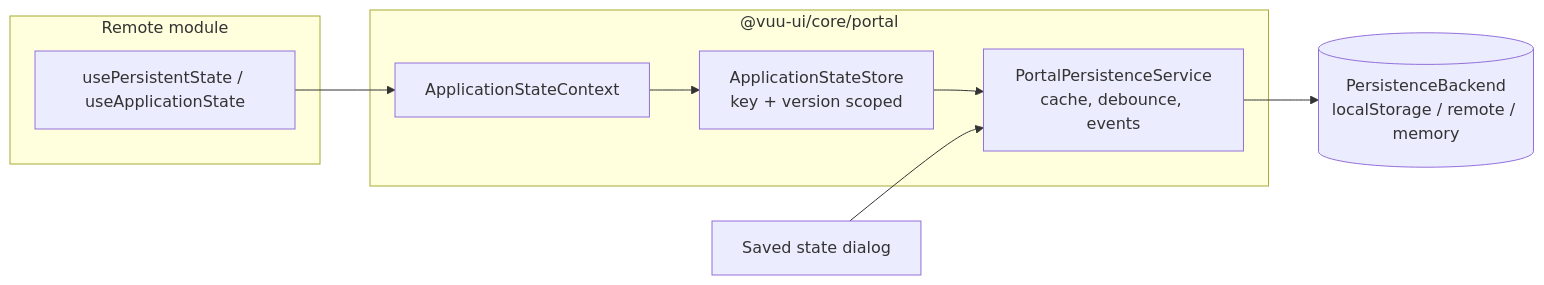
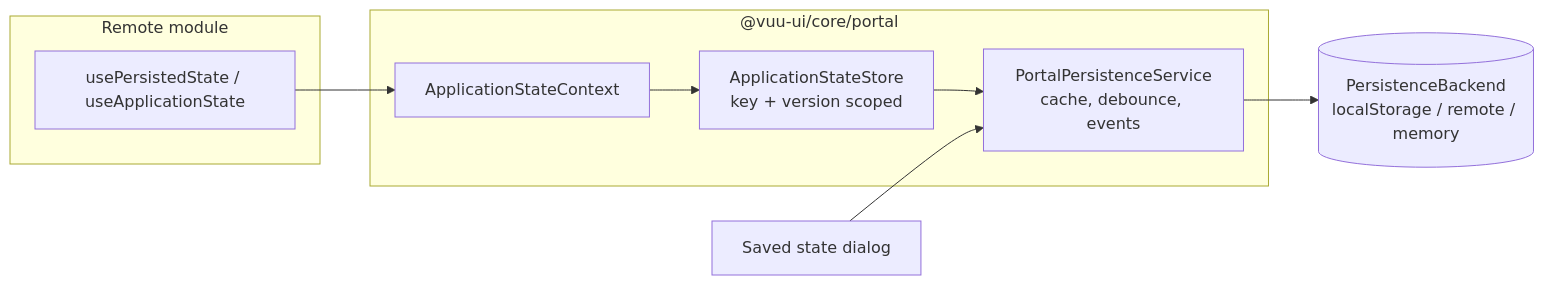
One commit to finos/vuu changed the first of 2 diagrams in vuu-ui/packages/core/docs/portal-persistence-design.md. Above: the diagram before and after it, drawn with Mermaid. The commit also changed other lines of this file and 13 other files, not shown here.

First line of the commit message:
feat(core): replace useState-like usePersistentState with load/save usePersistedState

````diff
--- a/vuu-ui/packages/core/docs/portal-persistence-design.md
+++ b/vuu-ui/packages/core/docs/portal-persistence-design.md
@@ -502,16 +502,16 @@
 ```mermaid
 flowchart LR
   subgraph Remote module
-    H[usePersistentState / useApplicationState]
+    H[usePersistedState / useApplicationState]
   end
   subgraph "@vuu-ui/core/portal"
     C[ApplicationStateContext]
     S[ApplicationStateStore<br/>key + version scoped]
     P[PortalPersistenceService<br/>cache, debounce, events]
   end
   B[(PersistenceBackend<br/>localStorage / remote / memory)]
   UI[Saved state dialog]
 
   H --> C --> S --> P --> B
   UI --> P
 ```
````
